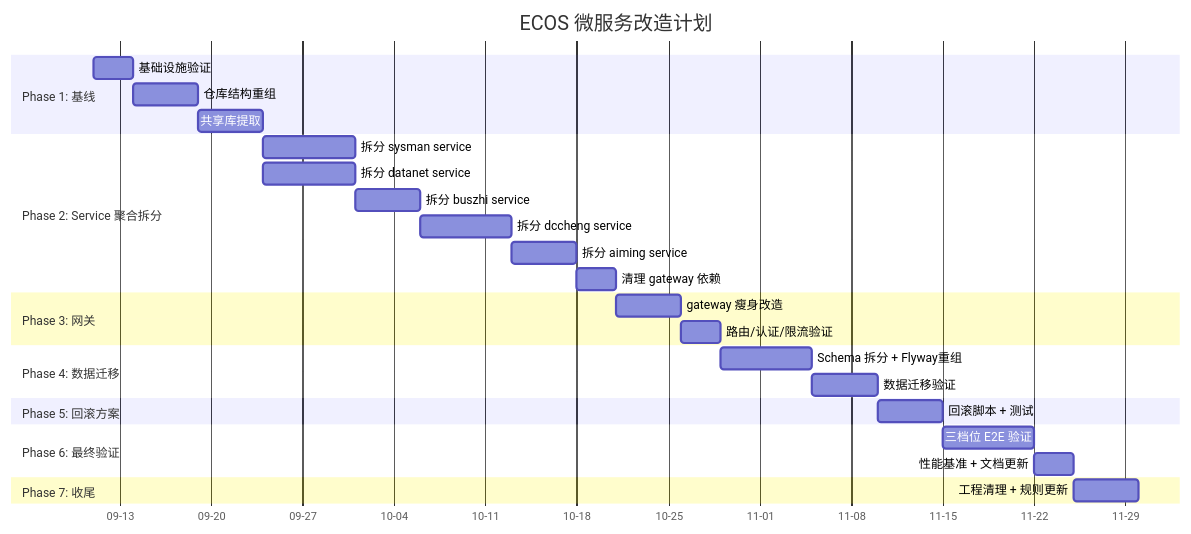
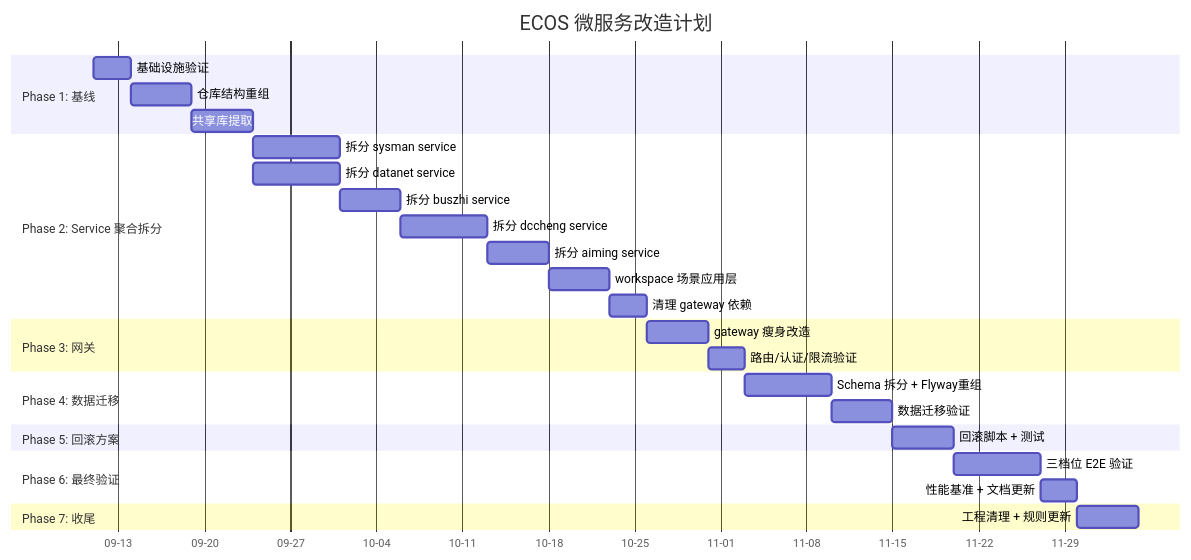
Before and after one commit to gorun78/ECOS: the second of 2 diagrams in docs/plans/current-plan.md, drawn with Mermaid. The commit also changed other lines of this file and 9 other files, not shown here.

````diff
--- a/docs/plans/current-plan.md
+++ b/docs/plans/current-plan.md
@@ -286,37 +307,38 @@
 ```mermaid
 gantt
     title ECOS 微服务改造计划
     dateFormat YYYY-MM-DD
     axisFormat %m-%d
 
     section Phase 1: 基线
     基础设施验证           :p1a, 2026-09-11, 3d
     仓库结构重组           :p1b, after p1a, 5d
     共享库提取             :p1c, after p1b, 5d
 
     section Phase 2: Service 聚合拆分
     拆分 sysman service    :p2a, after p1c, 7d
     拆分 datanet service   :p2b, after p1c, 7d
     拆分 buszhi service    :p2c, after p2a, 5d
     拆分 dccheng service   :p2d, after p2c, 7d
     拆分 aiming service    :p2e, after p2d, 5d
-    清理 gateway 依赖     :p2f, after p2e, 3d
+    workspace 场景应用层    :p2w, after p2e, 5d
+    清理 gateway 依赖     :p2f, after p2w, 3d
 
     section Phase 3: 网关
     gateway 瘦身改造       :p3, after p2f, 5d
     路由/认证/限流验证     :p3v, after p3, 3d
 
     section Phase 4: 数据迁移
     Schema 拆分 + Flyway重组 :p4a, after p3v, 7d
     数据迁移验证           :p4b, after p4a, 5d
 
     section Phase 5: 回滚方案
     回滚脚本 + 测试       :p5, after p4b, 5d
 
     section Phase 6: 最终验证
     三档位 E2E 验证       :p6a, after p5, 7d
     性能基准 + 文档更新    :p6b, after p6a, 3d
 
     section Phase 7: 收尾
     工程清理 + 规则更新    :p7, after p6b, 5d
 ```
````
